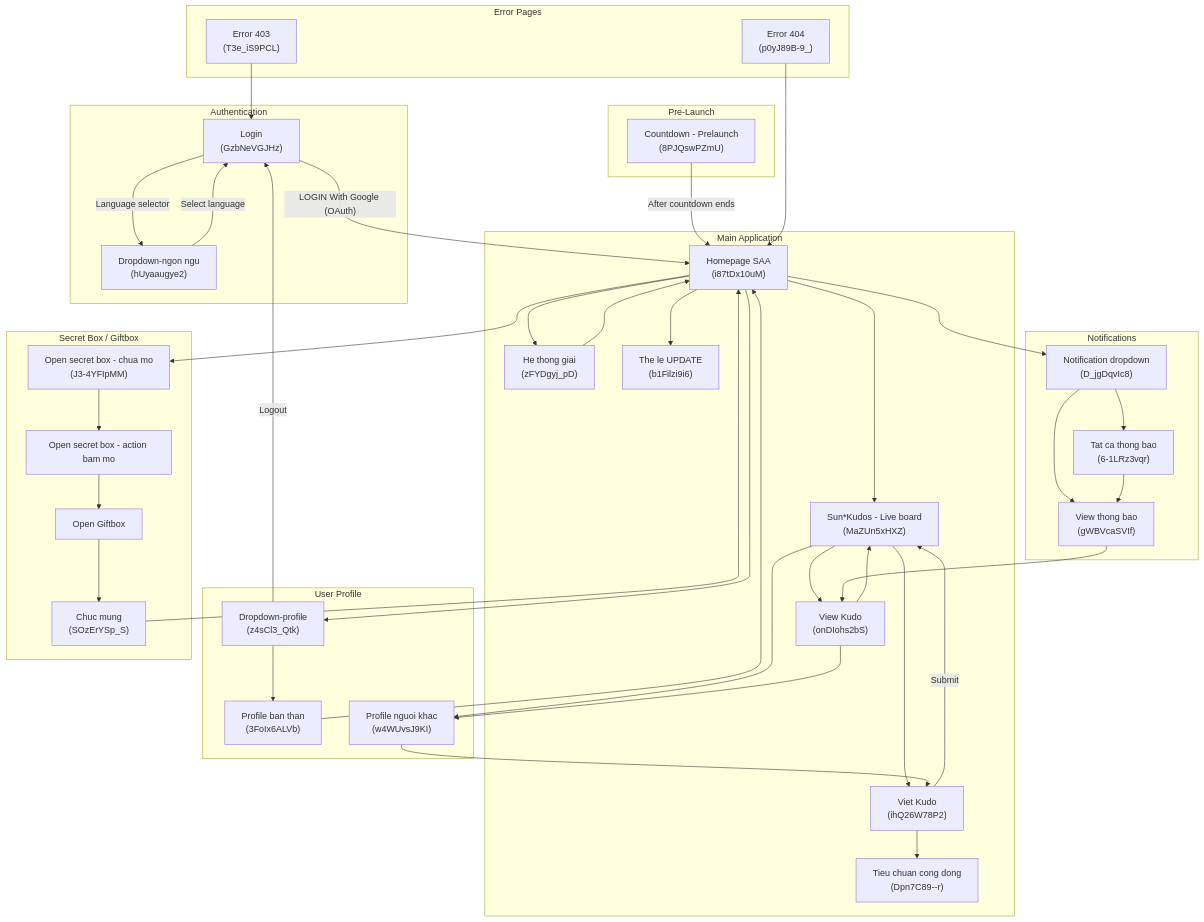
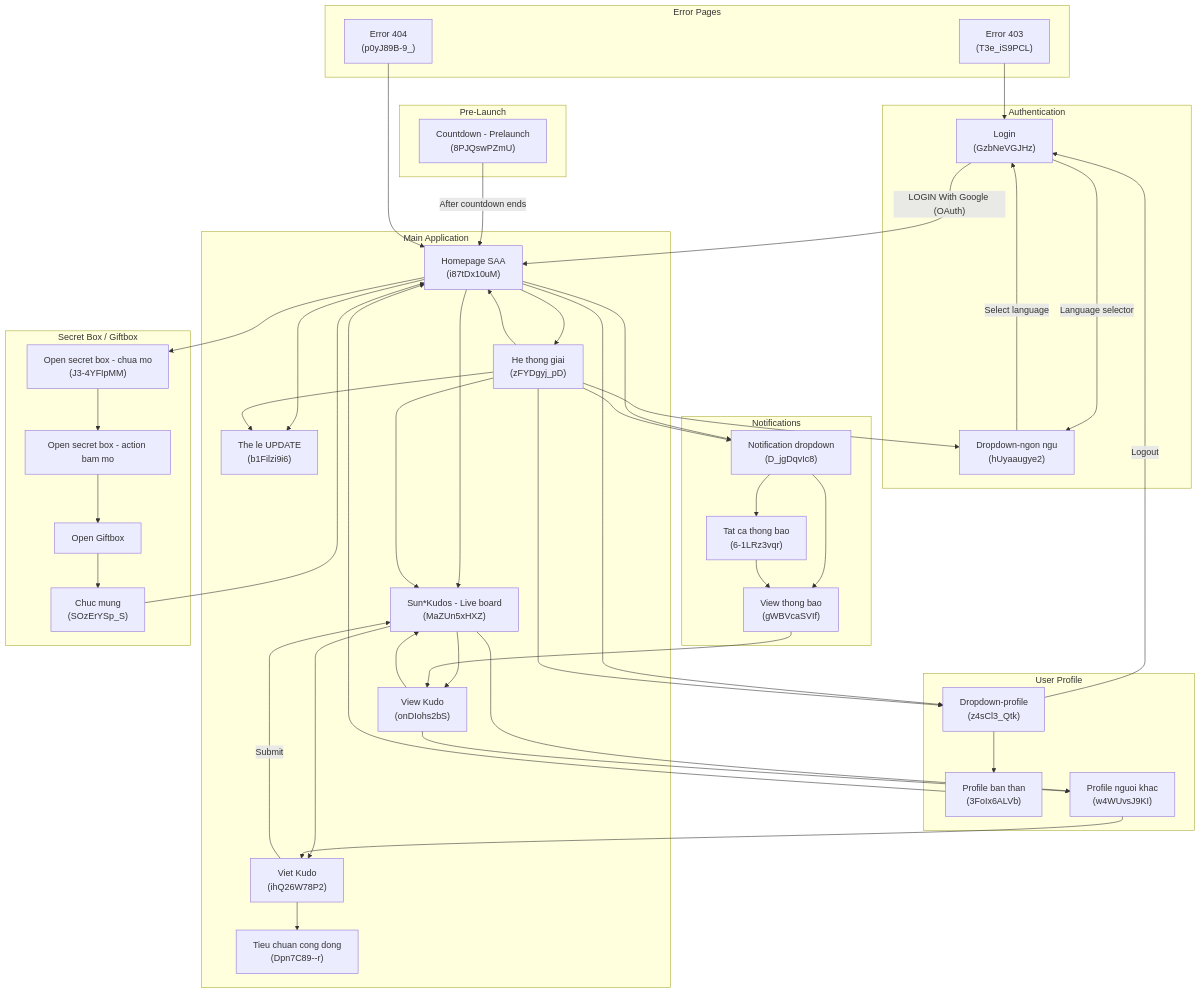
One commit to minhtn-2278/saa-project changed the first of 3 diagrams in .momorph/SCREENFLOW.md. Above: the diagram before and after it, drawn with Mermaid. The commit also changed other lines of this file and 43 other files, not shown here.

```diff
--- a/.momorph/SCREENFLOW.md
+++ b/.momorph/SCREENFLOW.md
@@ -175,6 +175,11 @@
     Homepage --> ProfileDropdown
 
     Awards --> Homepage
+    Awards --> KudosBoard
+    Awards --> Rules
+    Awards --> LangDropdown
+    Awards --> NotifDropdown
+    Awards --> ProfileDropdown
 
     KudosBoard --> WriteKudo
     KudosBoard --> ViewKudo
```
